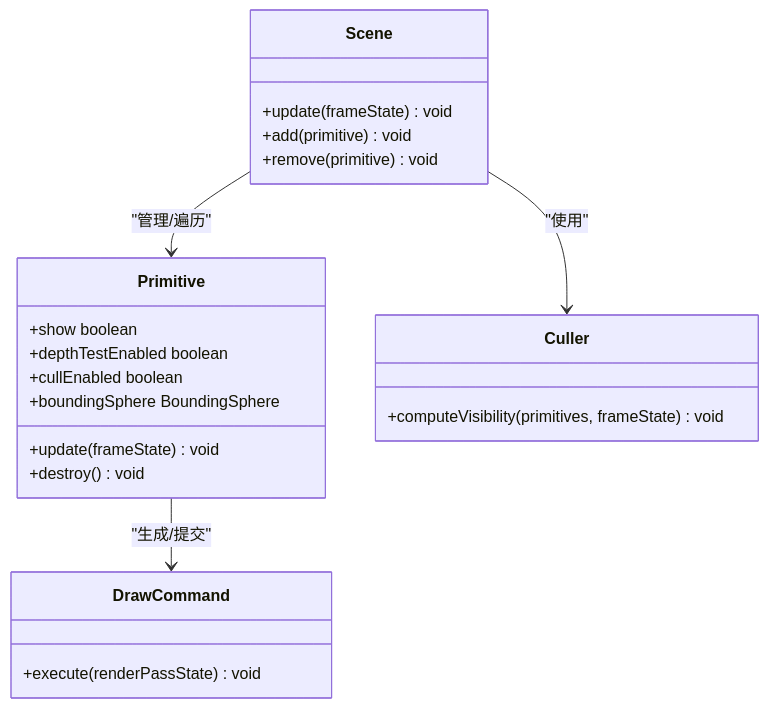
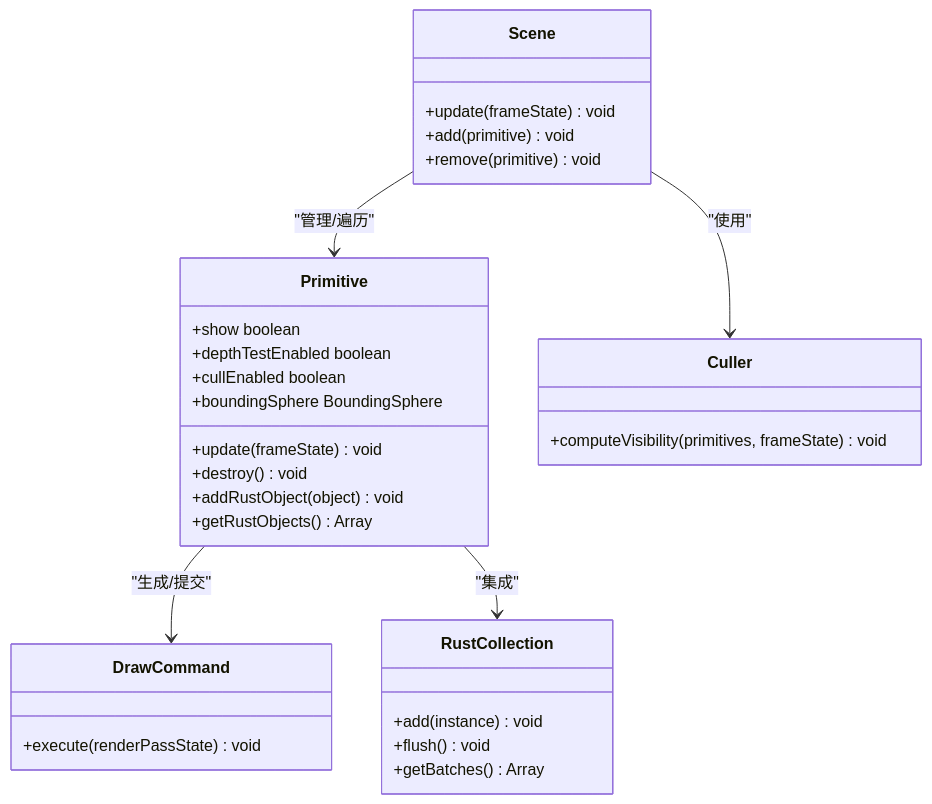
One commit to rzhangjing/cesium changed the third of 10 diagrams in .qoder/repowiki/zh/content/实体和几何体/原始图形渲染.md. Above: the diagram before and after it, drawn with Mermaid. The commit also changed other lines of this file and 60 other files, not shown here.

````diff
--- a/.qoder/repowiki/zh/content/实体和几何体/原始图形渲染.md
+++ b/.qoder/repowiki/zh/content/实体和几何体/原始图形渲染.md
@@ -178,25 +208,33 @@
 ```mermaid
 classDiagram
 class Primitive {
 +update(frameState) void
 +show boolean
 +depthTestEnabled boolean
 +cullEnabled boolean
 +boundingSphere BoundingSphere
 +destroy() void
++addRustObject(object) void
++getRustObjects() Array
 }
 class Scene {
 +update(frameState) void
 +add(primitive) void
 +remove(primitive) void
 }
 class Culler {
 +computeVisibility(primitives, frameState) void
 }
 class DrawCommand {
 +execute(renderPassState) void
 }
+class RustCollection {
++add(instance) void
++flush() void
++getBatches() Array
+}
 Scene --> Primitive : "管理/遍历"
 Scene --> Culler : "使用"
 Primitive --> DrawCommand : "生成/提交"
+Primitive --> RustCollection : "集成"
 ```
````
